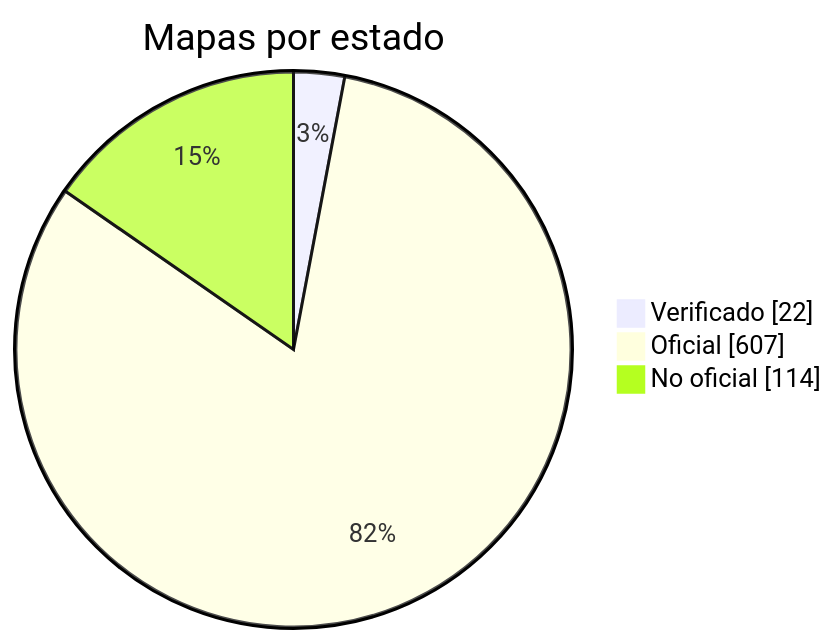
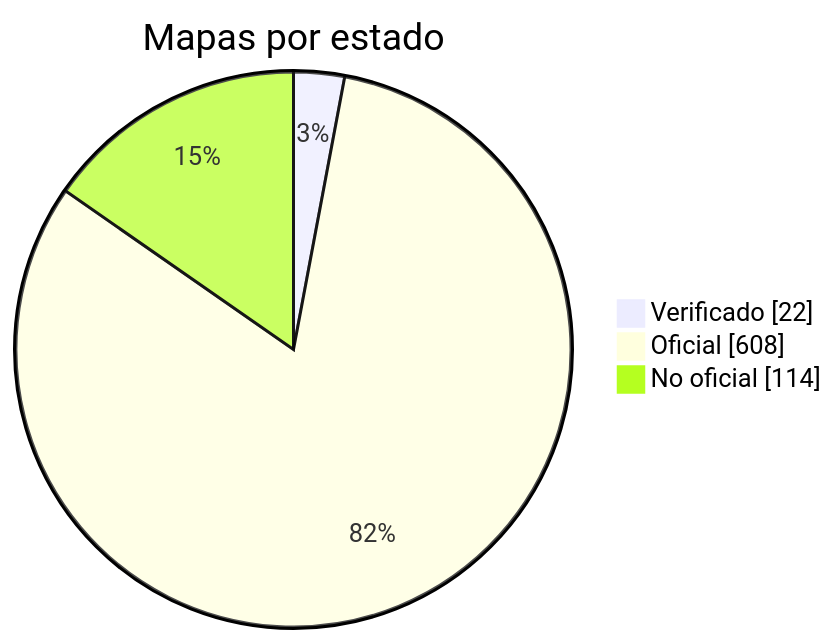
The diagram in docs/readme/README_ES.md (nobrega8/mbmap-library), drawn with Mermaid before and after one commit. The commit also changed 6 other files, not shown here.

````diff
--- a/docs/readme/README_ES.md
+++ b/docs/readme/README_ES.md
@@ -54,7 +54,7 @@
 ```mermaid
 pie showData
     title Mapas por estado
     "Verificado" : 22
-    "Oficial" : 607
+    "Oficial" : 608
     "No oficial" : 114
 ```
````
